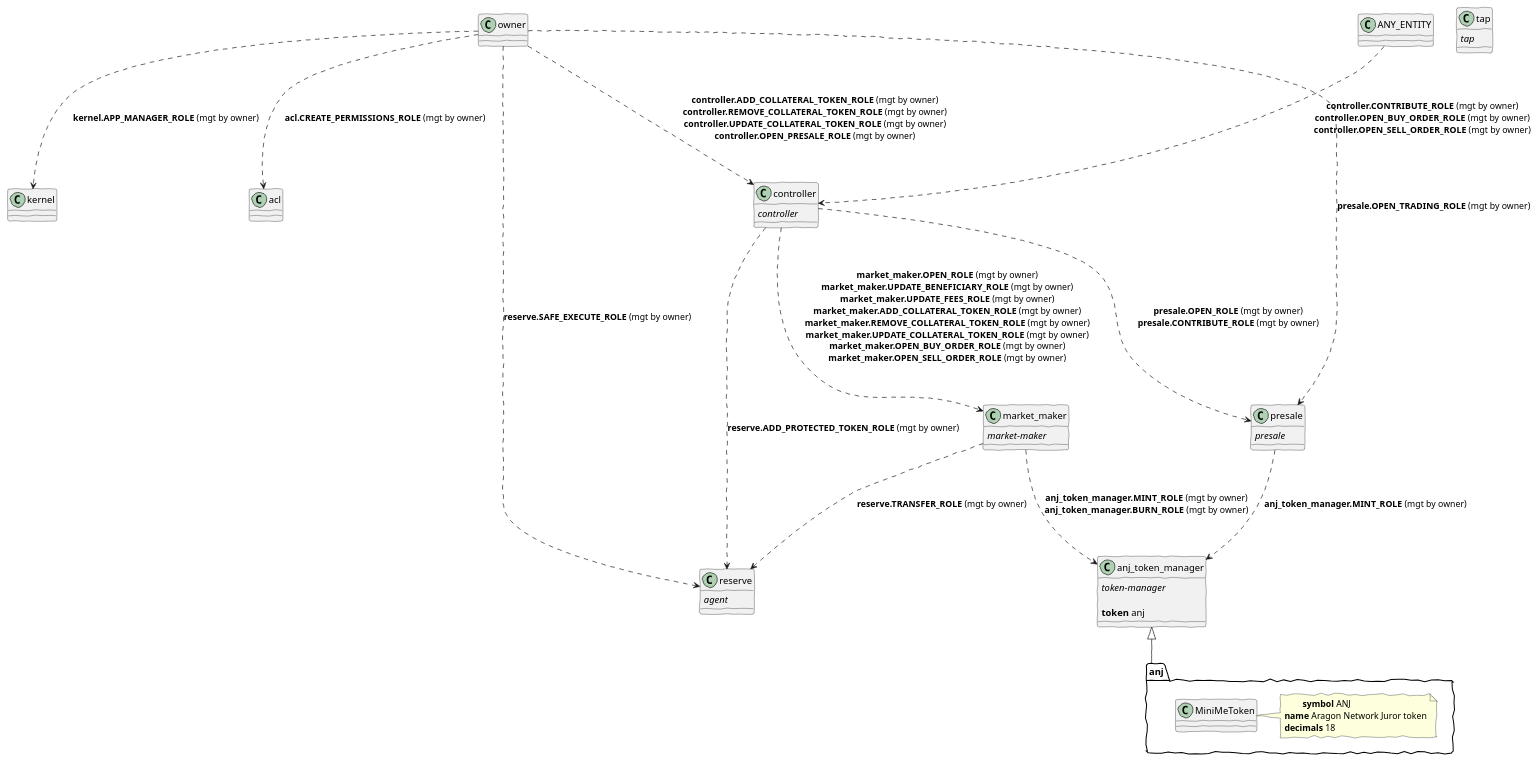
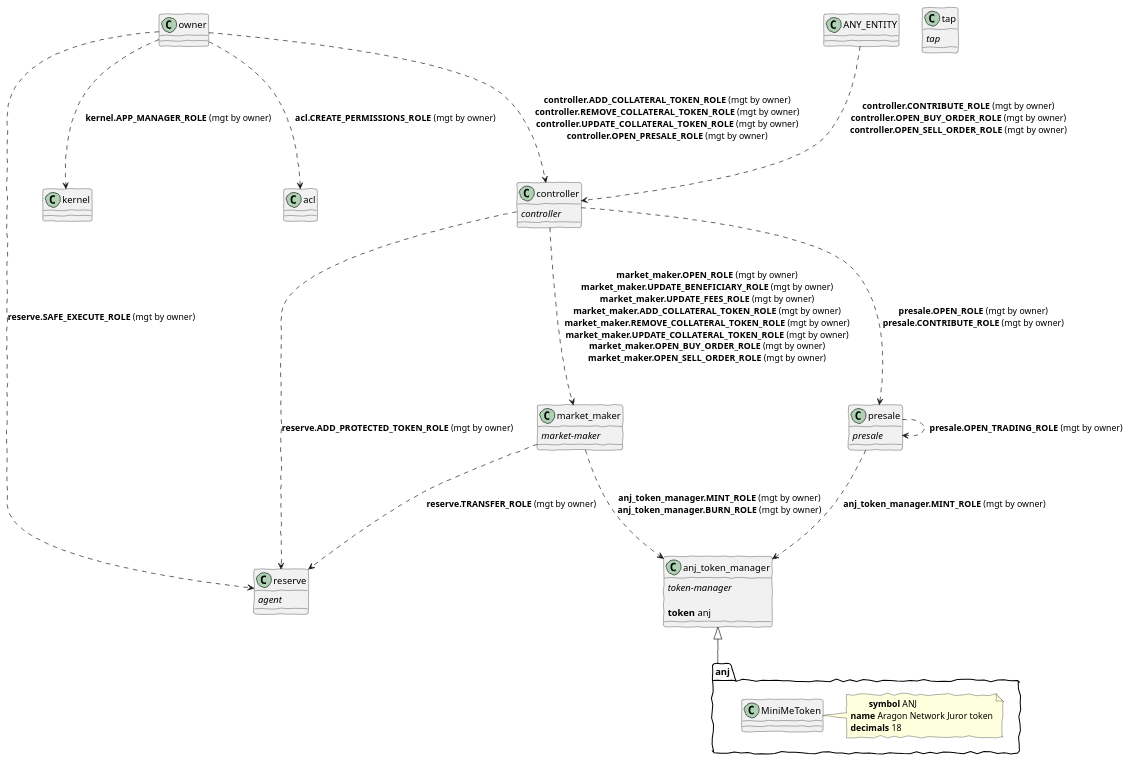
The diagram in templates/externally_owned_presale_bonding_curve/eopbc.plantuml (ottodevs/fundraising), drawn with PlantUML before and after one commit. The commit also changed 12 other files, not shown here.

```diff
--- a/templates/externally_owned_presale_bonding_curve/eopbc.plantuml
+++ b/templates/externally_owned_presale_bonding_curve/eopbc.plantuml
@@ -1,73 +1,73 @@
 @startuml eopbc
 ' -- options --
 allowmixing
 skinparam handwritten true
 ' -- tokens --
 
 package anj {
     class MiniMeToken
     note right
     	**symbol** ANJ
 	**name** Aragon Network Juror token
 	**decimals** 18
     end note
 }
 ' -- apps --
 
 class controller {
     {abstract}controller
 
     
 }
 
 
 class reserve {
     {abstract}agent
 
     
 }
 
 
 class market_maker {
     {abstract}market-maker
 
     
 }
 
 
 class presale {
     {abstract}presale
 
     
 }
 
 
 class tap {
     {abstract}tap
 
     
 }
 
 
 class anj_token_manager {
     {abstract}token-manager
 
     	**token** anj
 }
 
 anj_token_manager <|-- anj
 ' -- permissions --
 owner ...> kernel: **kernel.APP_MANAGER_ROLE** (mgt by owner)
 owner ...> acl: **acl.CREATE_PERMISSIONS_ROLE** (mgt by owner)
 market_maker ...> anj_token_manager: **anj_token_manager.MINT_ROLE** (mgt by owner)\n**anj_token_manager.BURN_ROLE** (mgt by owner)
 presale ...> anj_token_manager: **anj_token_manager.MINT_ROLE** (mgt by owner)
 owner ...> reserve: **reserve.SAFE_EXECUTE_ROLE** (mgt by owner)
 controller ...> reserve: **reserve.ADD_PROTECTED_TOKEN_ROLE** (mgt by owner)
 market_maker ...> reserve: **reserve.TRANSFER_ROLE** (mgt by owner)
 controller ...> presale: **presale.OPEN_ROLE** (mgt by owner)\n**presale.CONTRIBUTE_ROLE** (mgt by owner)
 controller ...> market_maker: **market_maker.OPEN_ROLE** (mgt by owner)\n**market_maker.UPDATE_BENEFICIARY_ROLE** (mgt by owner)\n**market_maker.UPDATE_FEES_ROLE** (mgt by owner)\n**market_maker.ADD_COLLATERAL_TOKEN_ROLE** (mgt by owner)\n**market_maker.REMOVE_COLLATERAL_TOKEN_ROLE** (mgt by owner)\n**market_maker.UPDATE_COLLATERAL_TOKEN_ROLE** (mgt by owner)\n**market_maker.OPEN_BUY_ORDER_ROLE** (mgt by owner)\n**market_maker.OPEN_SELL_ORDER_ROLE** (mgt by owner)
 owner ...> controller: **controller.ADD_COLLATERAL_TOKEN_ROLE** (mgt by owner)\n**controller.REMOVE_COLLATERAL_TOKEN_ROLE** (mgt by owner)\n**controller.UPDATE_COLLATERAL_TOKEN_ROLE** (mgt by owner)\n**controller.OPEN_PRESALE_ROLE** (mgt by owner)
-owner ...> presale: **presale.OPEN_TRADING_ROLE** (mgt by owner)
+presale ...> presale: **presale.OPEN_TRADING_ROLE** (mgt by owner)
 ANY_ENTITY ...> controller: **controller.CONTRIBUTE_ROLE** (mgt by owner)\n**controller.OPEN_BUY_ORDER_ROLE** (mgt by owner)\n**controller.OPEN_SELL_ORDER_ROLE** (mgt by owner)
 
 @enduml
```
